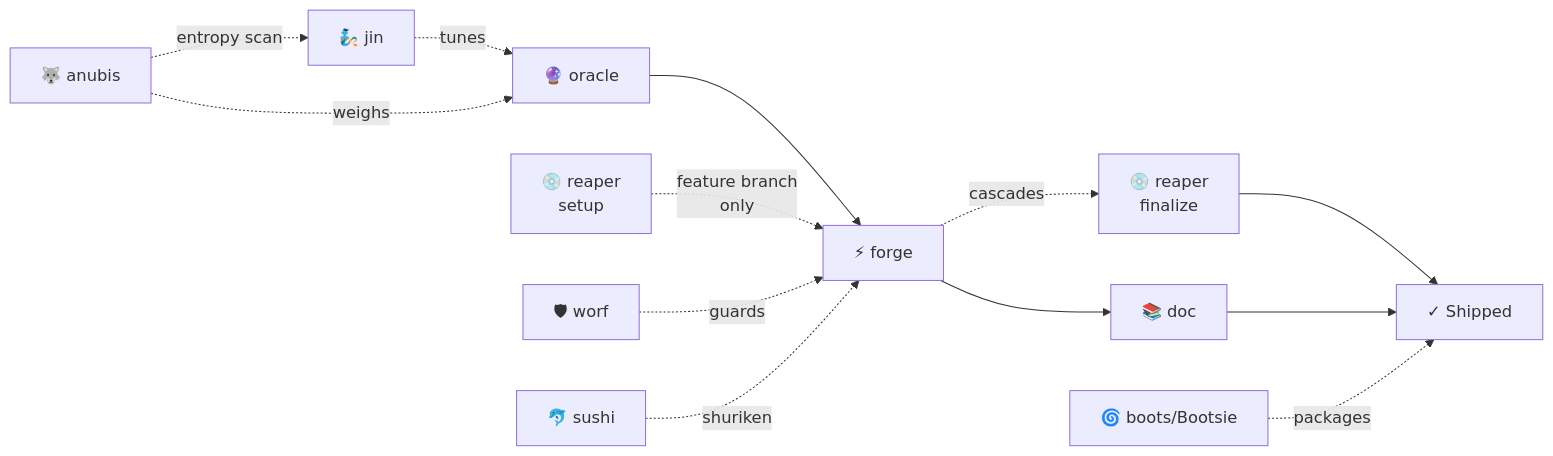
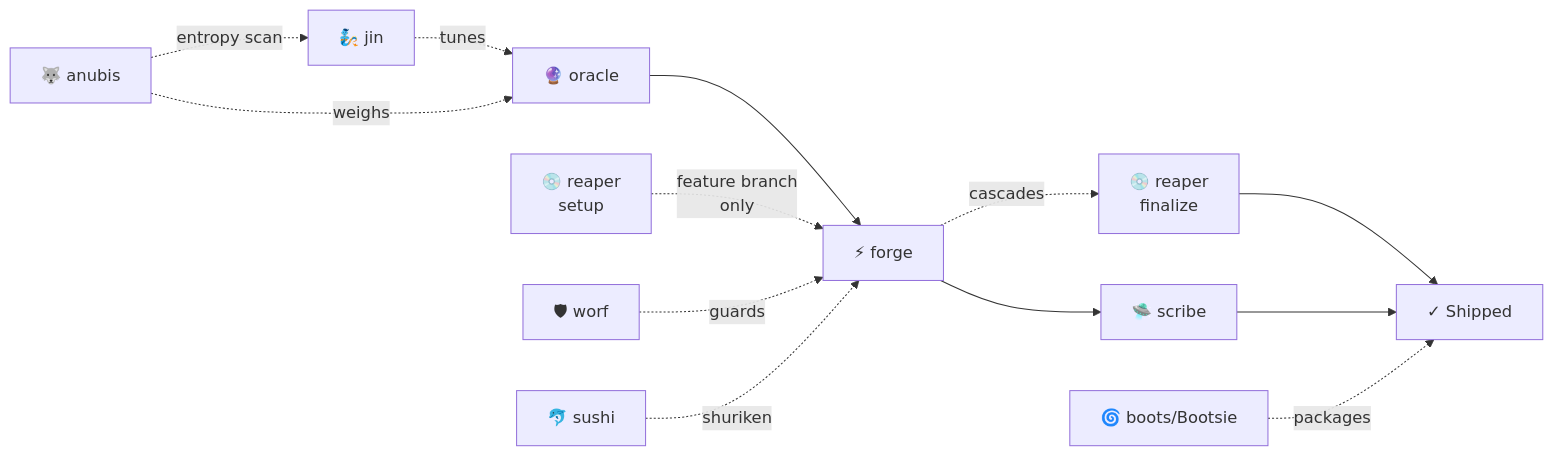
The first of 2 diagrams in forge/templates.md (verdey/claude-skills), drawn with Mermaid before and after one commit. The commit also changed other lines of this file and 8 other files, not shown here.

````diff
--- a/forge/templates.md
+++ b/forge/templates.md
@@ -51,15 +52,15 @@
 ```mermaid
 flowchart LR
   O[🔮 oracle] --> F[⚡ forge]
   F -. cascades .-> RF[💿 reaper\nfinalize]
-  F --> D[📚 doc]
+  F --> D[🛸 scribe]
   RF --> DONE[✓ Shipped]
   D --> DONE
   J[🧞 jin] -. tunes .-> O
   B[🌀 boots/Bootsie] -. packages .-> DONE
   RS[💿 reaper\nsetup] -. feature branch\nonly .-> F
   AN[🐺 anubis] -. weighs .-> O
   AN -. entropy scan .-> J
   WY[🛡 worf] -. guards .-> F
   SU[🐬 sushi] -. shuriken .-> F
 ```
````
